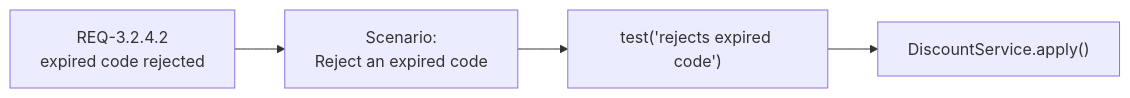
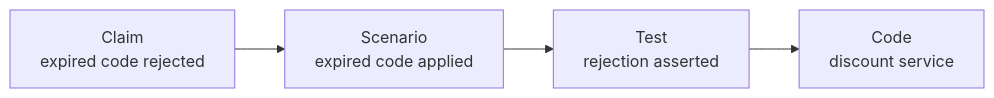
One commit to RLittlesII/talks changed the first of 4 diagrams in sdlc/specification-driven-development/slides/slides.md. Above: the diagram before and after it, drawn with Mermaid. The commit also changed other lines of this file and 3 other files, not shown here.

````diff
--- a/sdlc/specification-driven-development/slides/slides.md
+++ b/sdlc/specification-driven-development/slides/slides.md
@@ -254,6 +278,6 @@
 ```mermaid {theme: 'neutral', scale: 0.7}
 graph LR
-R["REQ-3.2.4.2<br/>expired code rejected"] --> S["Scenario:<br/>Reject an expired code"]
-S --> T["test('rejects expired code')"]
-T --> C["DiscountService.apply()"]
+R["Claim<br/>expired code rejected"] --> S["Scenario<br/>expired code applied"]
+S --> T["Test<br/>rejection asserted"]
+T --> C["Code<br/>discount service"]
 ```
````
